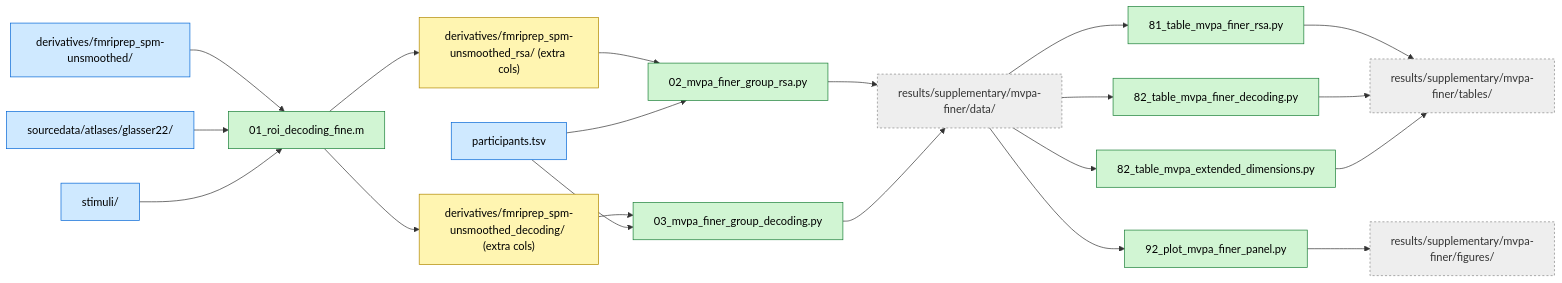
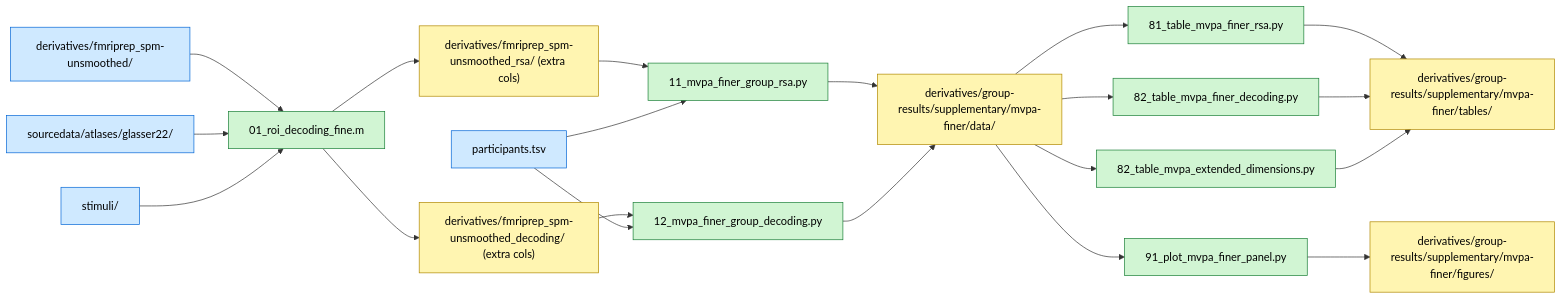
Before and after one commit to costantinoai/chess-expertise-2025: the diagram in chess-supplementary/mvpa-finer/README.md, drawn with Mermaid. The commit also changed other lines of this file and 59 other files, not shown here.

````diff
--- a/chess-supplementary/mvpa-finer/README.md
+++ b/chess-supplementary/mvpa-finer/README.md
@@ -15,45 +15,44 @@
 ```mermaid
 flowchart LR
-  classDef in fill:#cfe9ff,stroke:#0366d6,color:#000
-  classDef out fill:#fff5b1,stroke:#b08800,color:#000
-  classDef sc fill:#d1f5d3,stroke:#1a7f37,color:#000
-  classDef rl fill:#eee,stroke:#888,stroke-dasharray:3 3,color:#333
+ classDef in fill:#cfe9ff,stroke:#0366d6,color:#000
+ classDef out fill:#fff5b1,stroke:#b08800,color:#000
+ classDef sc fill:#d1f5d3,stroke:#1a7f37,color:#000
 
-  PT[participants.tsv]:::in
-  ST[stimuli/]:::in
-  GLMU[derivatives/fmriprep_spm-unsmoothed/]:::in
-  A22[sourcedata/atlases/glasser22/]:::in
+ PT[participants.tsv]:::in
+ ST[stimuli/]:::in
+ GLMU[derivatives/fmriprep_spm-unsmoothed/]:::in
+ A22[sourcedata/atlases/glasser22/]:::in
 
-  MF01["01_roi_decoding_fine.m"]:::sc
-  MF02["02_mvpa_finer_group_rsa.py"]:::sc
-  MF03["03_mvpa_finer_group_decoding.py"]:::sc
-  MF81["81_table_mvpa_finer_rsa.py"]:::sc
-  MF82a["82_table_mvpa_finer_decoding.py"]:::sc
-  MF82b["82_table_mvpa_extended_dimensions.py"]:::sc
-  MF92["92_plot_mvpa_finer_panel.py"]:::sc
+ MF01["01_roi_decoding_fine.m"]:::sc
+ MF11["11_mvpa_finer_group_rsa.py"]:::sc
+ MF12["12_mvpa_finer_group_decoding.py"]:::sc
+ MF81["81_table_mvpa_finer_rsa.py"]:::sc
+ MF82a["82_table_mvpa_finer_decoding.py"]:::sc
+ MF82b["82_table_mvpa_extended_dimensions.py"]:::sc
+ MF91["91_plot_mvpa_finer_panel.py"]:::sc
 
-  MR["derivatives/fmriprep_spm-unsmoothed_rsa/ (extra cols)"]:::out
-  MD["derivatives/fmriprep_spm-unsmoothed_decoding/ (extra cols)"]:::out
-  DATA["results/supplementary/mvpa-finer/data/"]:::rl
-  TABLES["results/supplementary/mvpa-finer/tables/"]:::rl
-  FIGURES["results/supplementary/mvpa-finer/figures/"]:::rl
+ MR["derivatives/fmriprep_spm-unsmoothed_rsa/ (extra cols)"]:::out
+ MD["derivatives/fmriprep_spm-unsmoothed_decoding/ (extra cols)"]:::out
+ DATA["derivatives/group-results/supplementary/mvpa-finer/data/"]:::out
+ TABLES["derivatives/group-results/supplementary/mvpa-finer/tables/"]:::out
+ FIGURES["derivatives/group-results/supplementary/mvpa-finer/figures/"]:::out
 
-  GLMU --> MF01
-  A22 --> MF01
-  ST --> MF01
-  MF01 --> MR
-  MF01 --> MD
+ GLMU --> MF01
+ A22 --> MF01
+ ST --> MF01
+ MF01 --> MR
+ MF01 --> MD
 
-  MR --> MF02
-  PT --> MF02
-  MF02 --> DATA
+ MR --> MF11
+ PT --> MF11
+ MF11 --> DATA
 
-  MD --> MF03
-  PT --> MF03
-  MF03 --> DATA
+ MD --> MF12
+ PT --> MF12
+ MF12 --> DATA
 
-  DATA --> MF81 --> TABLES
-  DATA --> MF82a --> TABLES
-  DATA --> MF82b --> TABLES
-  DATA --> MF92 --> FIGURES
+ DATA --> MF81 --> TABLES
+ DATA --> MF82a --> TABLES
+ DATA --> MF82b --> TABLES
+ DATA --> MF91 --> FIGURES
 ```
````
